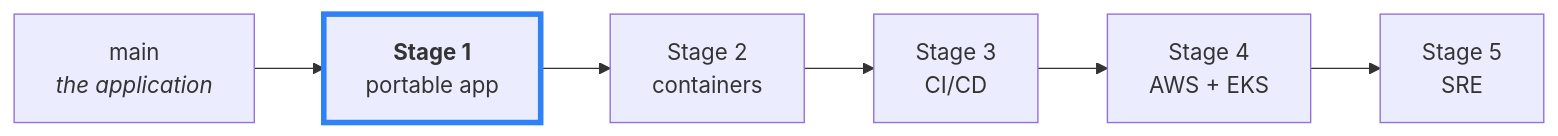
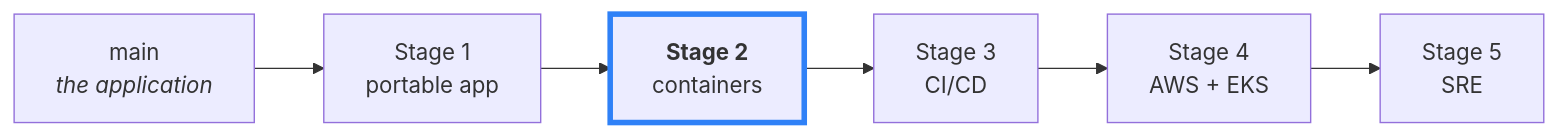
Before and after one commit to gcodiac/python-to-production: the first of 3 diagrams in README.md, drawn with Mermaid. The commit also changed other lines of this file and 1 other file, not shown here.

````diff
--- a/README.md
+++ b/README.md
@@ -7,9 +7,9 @@
 ```mermaid
 flowchart LR
-    M["main<br/><i>the application</i>"] --> S1["<b>Stage 1</b><br/>portable app"]
-    S1 --> S2["Stage 2<br/>containers"]
+    M["main<br/><i>the application</i>"] --> S1["Stage 1<br/>portable app"]
+    S1 --> S2["<b>Stage 2</b><br/>containers"]
     S2 --> S3["Stage 3<br/>CI/CD"]
     S3 --> S4["Stage 4<br/>AWS + EKS"]
     S4 --> S5["Stage 5<br/>SRE"]
-    style S1 stroke:#2f81f7,stroke-width:4px
+    style S2 stroke:#2f81f7,stroke-width:4px
 ```
````
